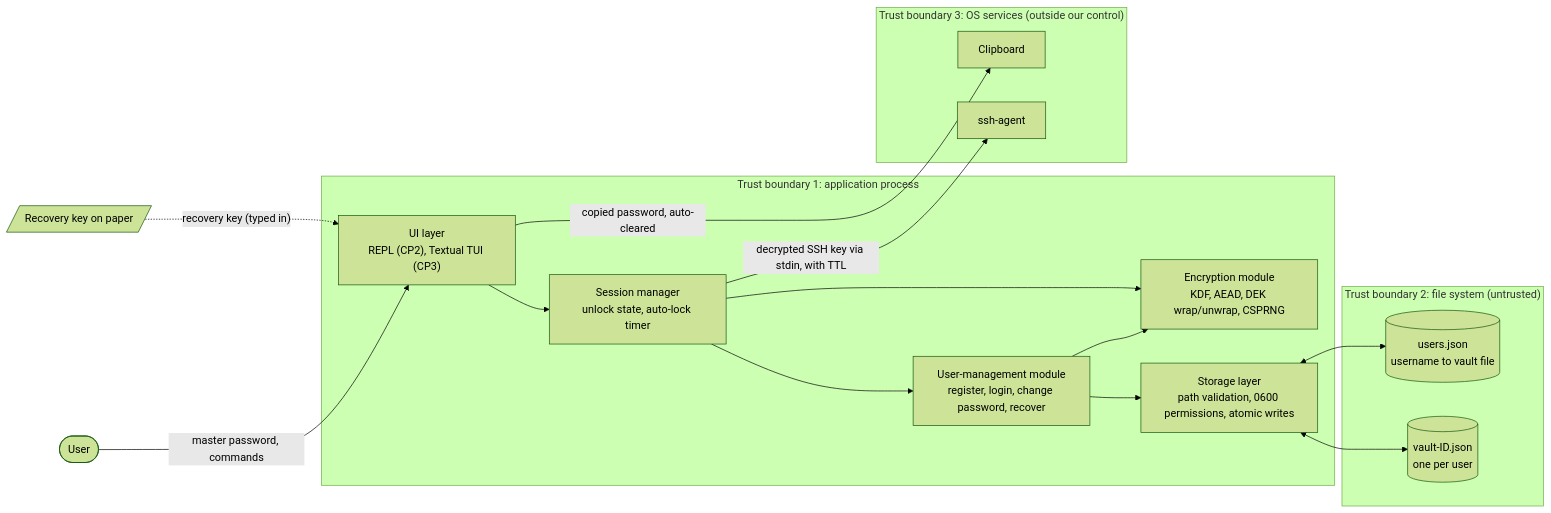
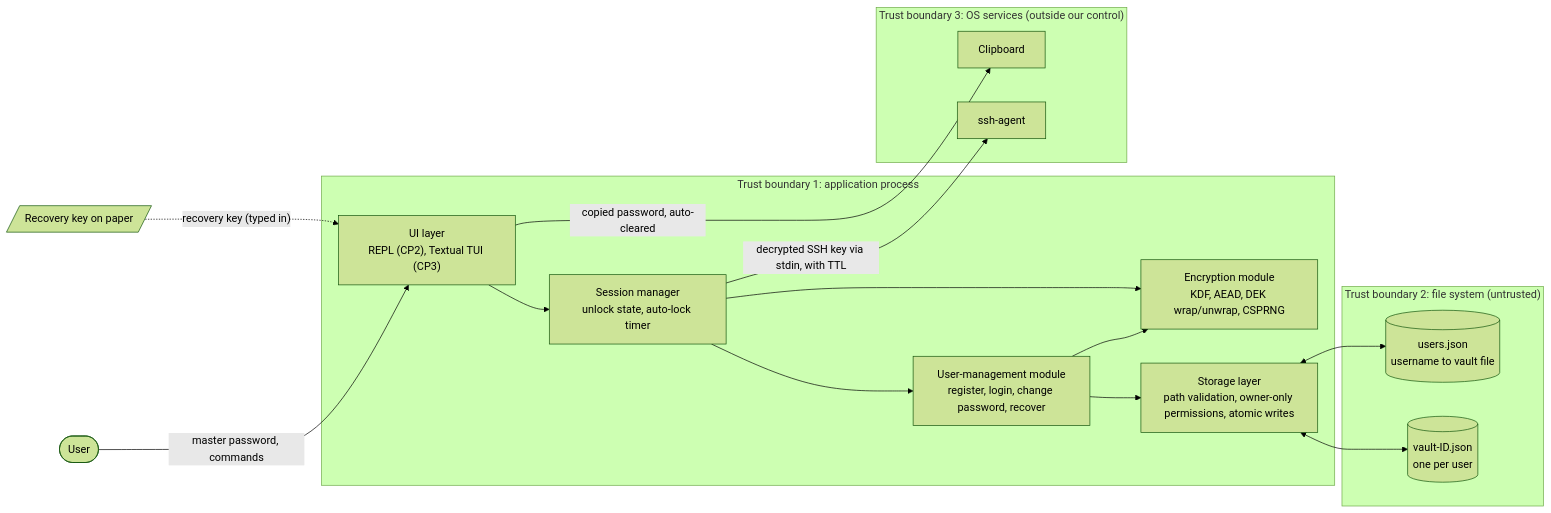
One commit to OnarYusifov/secure-programming changed the first of 2 diagrams in DESIGN.md. Above: the diagram before and after it, drawn with Mermaid (forest theme). The commit also changed other lines of this file and 2 other files, not shown here.

````diff
--- a/DESIGN.md
+++ b/DESIGN.md
@@ -40,35 +42,35 @@
 ```mermaid
 flowchart LR
     user(["User"])
     paper[/"Recovery key on paper"/]
 
     subgraph TB1["Trust boundary 1: application process"]
         ui["UI layer<br/>REPL (CP2), Textual TUI (CP3)"]
         sess["Session manager<br/>unlock state, auto-lock timer"]
         um["User-management module<br/>register, login, change password, recover"]
         crypto["Encryption module<br/>KDF, AEAD, DEK wrap/unwrap, CSPRNG"]
-        store["Storage layer<br/>path validation, 0600 permissions, atomic writes"]
+        store["Storage layer<br/>path validation, owner-only permissions, atomic writes"]
     end
 
     subgraph TB2["Trust boundary 2: file system (untrusted)"]
         idx[("users.json<br/>username to vault file")]
         vault[("vault-ID.json<br/>one per user")]
     end
 
     subgraph TB3["Trust boundary 3: OS services (outside our control)"]
         clip["Clipboard"]
         agent["ssh-agent"]
     end
 
     user -- "master password, commands" --> ui
     paper -. "recovery key (typed in)" .-> ui
     ui --> sess
     sess --> um
     um --> crypto
     um --> store
     sess --> crypto
     store <--> idx
     store <--> vault
     ui -- "copied password, auto-cleared" --> clip
     sess -- "decrypted SSH key via stdin, with TTL" --> agent
 ```
````
